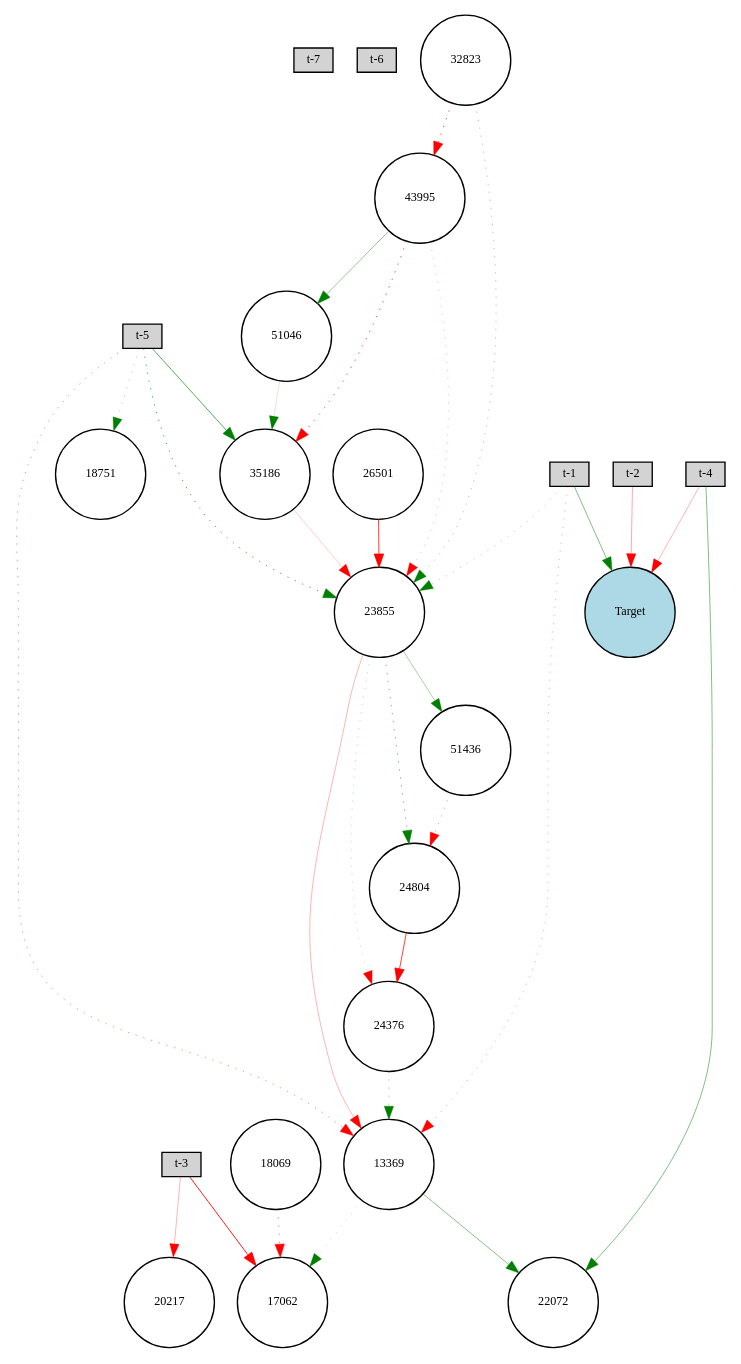
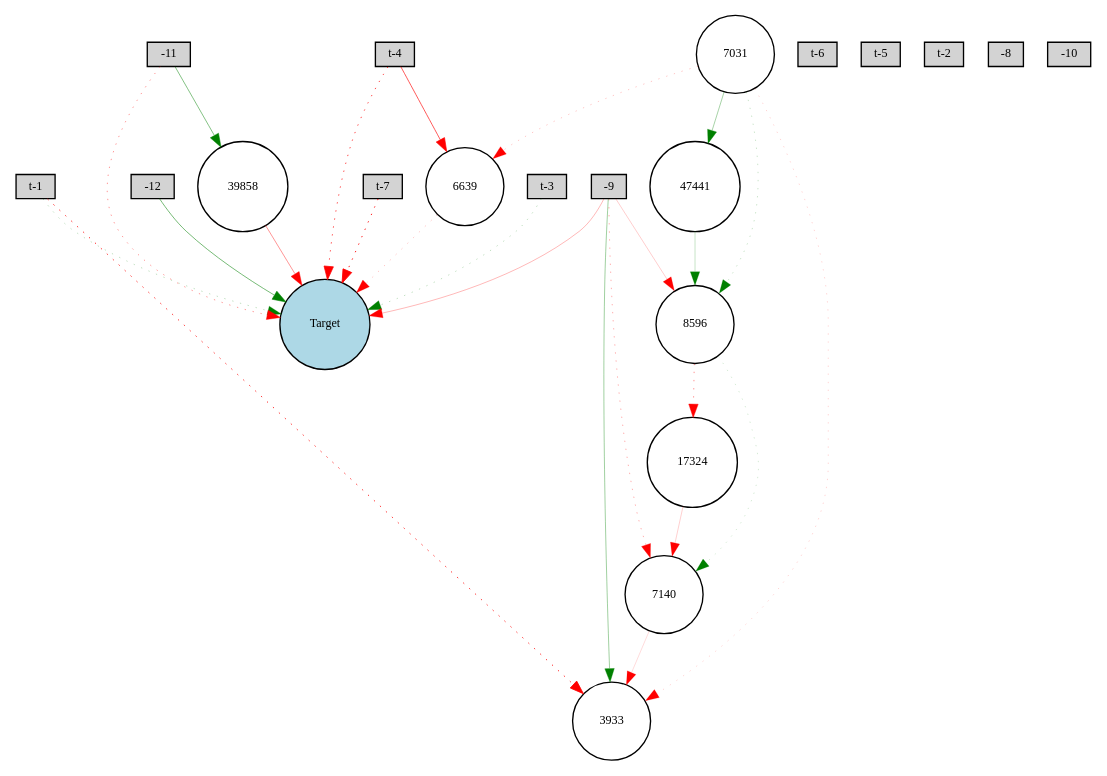
The diagram in lynx/Digraph.gv (lafengxiaoyu/ENN), drawn with Graphviz before and after one commit. The commit also changed 11 other files, not shown here.

```diff
--- a/lynx/Digraph.gv
+++ b/lynx/Digraph.gv
@@ -1,56 +1,48 @@
 digraph {
 	node [fontsize=9 height=0.2 shape=circle width=0.2]
 	"t-7" [fillcolor=lightgray shape=box style=filled]
 	"t-6" [fillcolor=lightgray shape=box style=filled]
 	"t-5" [fillcolor=lightgray shape=box style=filled]
 	"t-4" [fillcolor=lightgray shape=box style=filled]
 	"t-3" [fillcolor=lightgray shape=box style=filled]
 	"t-2" [fillcolor=lightgray shape=box style=filled]
 	"t-1" [fillcolor=lightgray shape=box style=filled]
+	-8 [fillcolor=lightgray shape=box style=filled]
+	-9 [fillcolor=lightgray shape=box style=filled]
+	-10 [fillcolor=lightgray shape=box style=filled]
+	-11 [fillcolor=lightgray shape=box style=filled]
+	-12 [fillcolor=lightgray shape=box style=filled]
 	Target [fillcolor=lightblue style=filled]
-	24804 [fillcolor=white style=filled]
-	26501 [fillcolor=white style=filled]
-	17062 [fillcolor=white style=filled]
-	51046 [fillcolor=white style=filled]
-	51436 [fillcolor=white style=filled]
-	23855 [fillcolor=white style=filled]
-	24376 [fillcolor=white style=filled]
-	35186 [fillcolor=white style=filled]
-	18069 [fillcolor=white style=filled]
-	20217 [fillcolor=white style=filled]
-	32823 [fillcolor=white style=filled]
-	22072 [fillcolor=white style=filled]
-	13369 [fillcolor=white style=filled]
-	43995 [fillcolor=white style=filled]
-	18751 [fillcolor=white style=filled]
-	"t-4" -> Target [color=red penwidth=0.22404873132706882 style=solid]
-	"t-2" -> Target [color=red penwidth=0.25291164620707585 style=solid]
-	"t-1" -> Target [color=green penwidth=0.37452266152777947 style=solid]
-	"t-5" -> 13369 [color=red penwidth=0.3278703690392598 style=dotted]
-	"t-1" -> 13369 [color=red penwidth=0.22804167734254452 style=dotted]
-	"t-3" -> 17062 [color=red penwidth=0.6718676706294825 style=solid]
-	18069 -> 17062 [color=red penwidth=0.38029820220632116 style=dotted]
-	"t-5" -> 18751 [color=green penwidth=0.22184765648042284 style=dotted]
-	13369 -> 22072 [color=green penwidth=0.35925984909634956 style=solid]
-	"t-4" -> 22072 [color=green penwidth=0.36937792815987636 style=solid]
-	"t-5" -> 23855 [color=green penwidth=0.49785064457758477 style=dotted]
-	23855 -> 13369 [color=red penwidth=0.2174428498267481 style=solid]
-	13369 -> 17062 [color=green penwidth=0.1703521454341912 style=dotted]
-	23855 -> 24376 [color=red penwidth=0.15888574312452067 style=dotted]
-	24376 -> 13369 [color=green penwidth=0.2693826892136644 style=dotted]
-	"t-1" -> 23855 [color=green penwidth=0.2052174094856667 style=dotted]
-	23855 -> 24804 [color=green penwidth=0.3980018664534085 style=dotted]
-	24804 -> 24376 [color=red penwidth=0.562906663937707 style=solid]
-	26501 -> 23855 [color=red penwidth=0.5851426183044903 style=solid]
-	32823 -> 23855 [color=green penwidth=0.2465215775335221 style=dotted]
-	"t-5" -> 35186 [color=green penwidth=0.488529102871869 style=solid]
-	35186 -> 23855 [color=red penwidth=0.15301227606888235 style=solid]
-	"t-3" -> 20217 [color=red penwidth=0.21766355445682561 style=solid]
-	32823 -> 43995 [color=red penwidth=0.5192429350400991 style=dotted]
-	43995 -> 23855 [color=red penwidth=0.1921165306115942 style=dotted]
-	43995 -> 35186 [color=red penwidth=0.5059187886204446 style=dotted]
-	43995 -> 51046 [color=green penwidth=0.3225698813248592 style=solid]
-	51046 -> 35186 [color=green penwidth=0.11942530775240096 style=solid]
-	23855 -> 51436 [color=green penwidth=0.26323856923309297 style=solid]
-	51436 -> 24804 [color=red penwidth=0.27443993384290194 style=dotted]
+	7140 [fillcolor=white style=filled]
+	17324 [fillcolor=white style=filled]
+	6639 [fillcolor=white style=filled]
+	47441 [fillcolor=white style=filled]
+	39858 [fillcolor=white style=filled]
+	8596 [fillcolor=white style=filled]
+	7031 [fillcolor=white style=filled]
+	3933 [fillcolor=white style=filled]
+	"t-7" -> Target [color=red penwidth=0.6583265902318968 style=dotted]
+	"t-4" -> Target [color=red penwidth=0.5293107957688273 style=dotted]
+	"t-3" -> Target [color=green penwidth=0.19333009059290646 style=dotted]
+	-9 -> Target [color=red penwidth=0.20690736477149713 style=solid]
+	-12 -> Target [color=green penwidth=0.404235534377549 style=solid]
+	"t-1" -> Target [color=green penwidth=0.19297481285586654 style=dotted]
+	-9 -> 3933 [color=green penwidth=0.2771238984793043 style=solid]
+	"t-4" -> 6639 [color=red penwidth=0.478332715913275 style=solid]
+	6639 -> Target [color=red penwidth=0.1812270844452395 style=dotted]
+	-11 -> Target [color=red penwidth=0.3075846065978741 style=dotted]
+	7031 -> 6639 [color=red penwidth=0.1749443198087804 style=dotted]
+	-9 -> 7140 [color=red penwidth=0.23588171240403444 style=dotted]
+	7140 -> 3933 [color=red penwidth=0.10596214019632717 style=solid]
+	"t-1" -> 3933 [color=red penwidth=0.6327242125099847 style=dotted]
+	-9 -> 8596 [color=red penwidth=0.1462853004392174 style=solid]
+	8596 -> 7140 [color=green penwidth=0.1267237191721895 style=dotted]
+	8596 -> 17324 [color=red penwidth=0.32237406443673855 style=dotted]
+	17324 -> 7140 [color=red penwidth=0.14256910889051252 style=solid]
+	7031 -> 8596 [color=green penwidth=0.161182544090417 style=dotted]
+	-11 -> 39858 [color=green penwidth=0.3558068141866132 style=solid]
+	39858 -> Target [color=red penwidth=0.3075846065978741 style=solid]
+	7031 -> 3933 [color=red penwidth=0.13004704333584577 style=dotted]
+	7031 -> 47441 [color=green penwidth=0.2550575992881312 style=solid]
+	47441 -> 8596 [color=green penwidth=0.17485958057421402 style=solid]
 }
```
